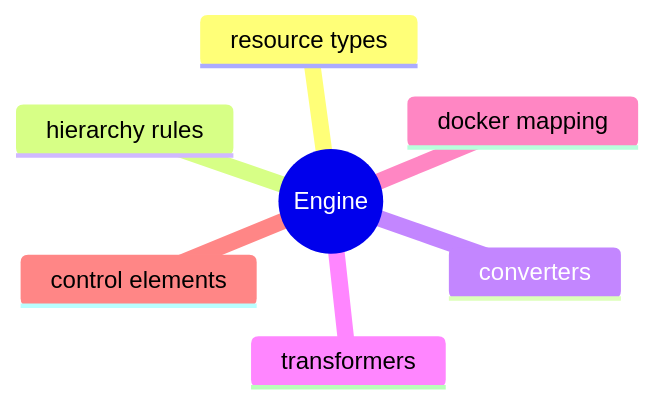
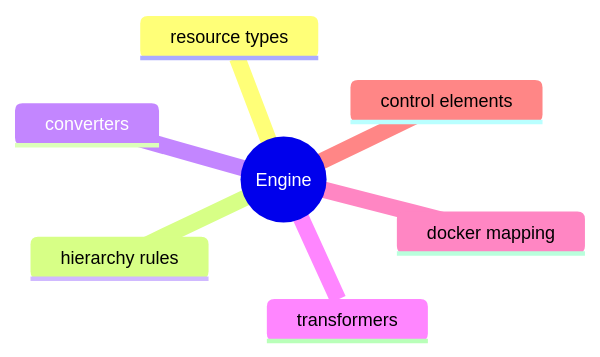
One commit to pavel-agarkov/live-arch changed the third of 3 diagrams in slides/sections/6.engine.md. Above: the diagram before and after it, drawn with Mermaid. The commit also changed other lines of this file and 1 other file, not shown here.

````diff
--- a/slides/sections/6.engine.md
+++ b/slides/sections/6.engine.md
@@ -312,10 +309,13 @@
 ```mermaid
+%%{init: {
+  "themeVariables": { "fontSize": "12px" }
+}}%%
 mindmap
   root((Engine))
     resource types
     hierarchy rules
     converters
     transformers
     docker mapping
     control elements
 ```
````
